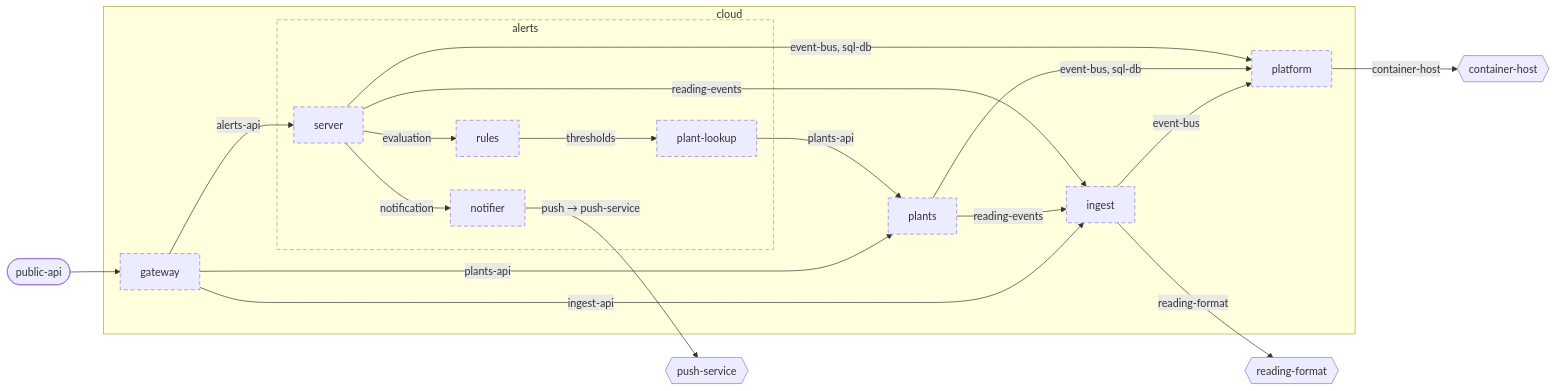
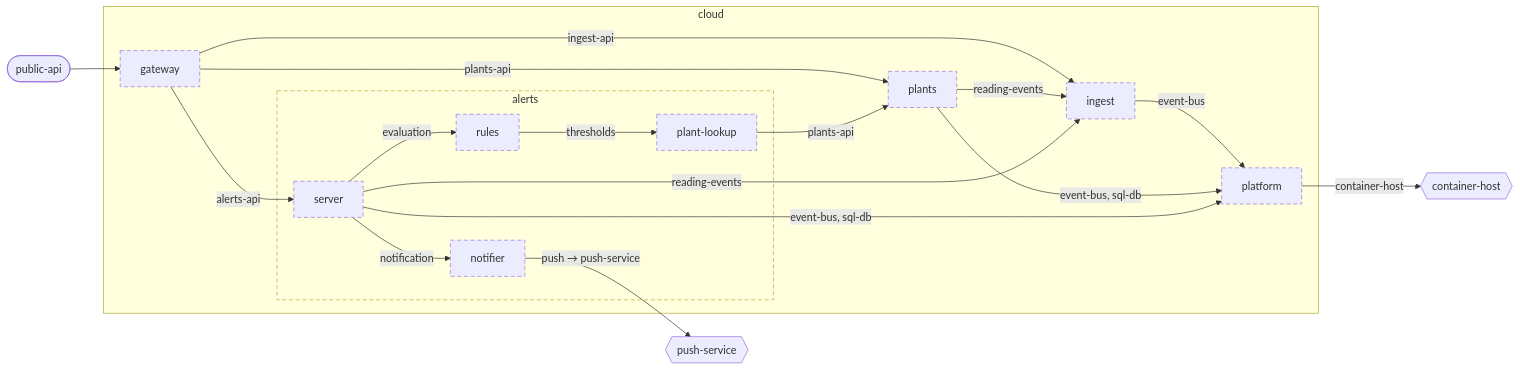
One commit to wackazong/unifold changed the diagram in examples/plantwatch/cloud/docs/diagrams/architecture.md. Above: the diagram before and after it, drawn with Mermaid. The commit also changed 383 other files, not shown here.

````diff
--- a/examples/plantwatch/cloud/docs/diagrams/architecture.md
+++ b/examples/plantwatch/cloud/docs/diagrams/architecture.md
@@ -8,40 +8,38 @@
 ```mermaid
 flowchart LR
   subgraph u_cloud["cloud"]
     u_cloud__platform["platform"]
     subgraph u_cloud__services__alerts["alerts"]
       u_cloud__services__alerts__notifier["notifier"]
       u_cloud__services__alerts__plant_dlookup["plant-lookup"]
       u_cloud__services__alerts__rules["rules"]
       u_cloud__services__alerts__server["server"]
     end
     u_cloud__services__gateway["gateway"]
     u_cloud__services__ingest["ingest"]
     u_cloud__services__plants["plants"]
   end
   n_cloud___push_dservice{{"push-service"}}
   n_cloud___container_dhost{{"container-host"}}
-  n_cloud___reading_dformat{{"reading-format"}}
   p_cloud___public_dapi(["public-api"])
   u_cloud__services__ingest -->|"event-bus"| u_cloud__platform
   u_cloud__services__plants -->|"event-bus, sql-db"| u_cloud__platform
   u_cloud__services__alerts__server -->|"event-bus, sql-db"| u_cloud__platform
   u_cloud__services__gateway -->|"ingest-api"| u_cloud__services__ingest
   u_cloud__services__gateway -->|"plants-api"| u_cloud__services__plants
   u_cloud__services__gateway -->|"alerts-api"| u_cloud__services__alerts__server
   u_cloud__services__plants -->|"reading-events"| u_cloud__services__ingest
   u_cloud__services__alerts__server -->|"reading-events"| u_cloud__services__ingest
   u_cloud__services__alerts__plant_dlookup -->|"plants-api"| u_cloud__services__plants
   u_cloud__services__alerts__notifier -->|"push → push-service"| n_cloud___push_dservice
   u_cloud__platform -->|"container-host"| n_cloud___container_dhost
-  u_cloud__services__ingest -->|"reading-format"| n_cloud___reading_dformat
   p_cloud___public_dapi --> u_cloud__services__gateway
   u_cloud__services__alerts__server -->|"evaluation"| u_cloud__services__alerts__rules
   u_cloud__services__alerts__server -->|"notification"| u_cloud__services__alerts__notifier
   u_cloud__services__alerts__rules -->|"thresholds"| u_cloud__services__alerts__plant_dlookup
   classDef focus stroke-width:4px
   classDef planned stroke-dasharray:6 4
   classDef deprecated stroke-dasharray:2 2,opacity:0.6
   classDef plain stroke-dasharray:2 3
   class u_cloud__platform,u_cloud__services__alerts,u_cloud__services__alerts__notifier,u_cloud__services__alerts__plant_dlookup,u_cloud__services__alerts__rules,u_cloud__services__alerts__server,u_cloud__services__gateway,u_cloud__services__ingest,u_cloud__services__plants planned
 ```
````
